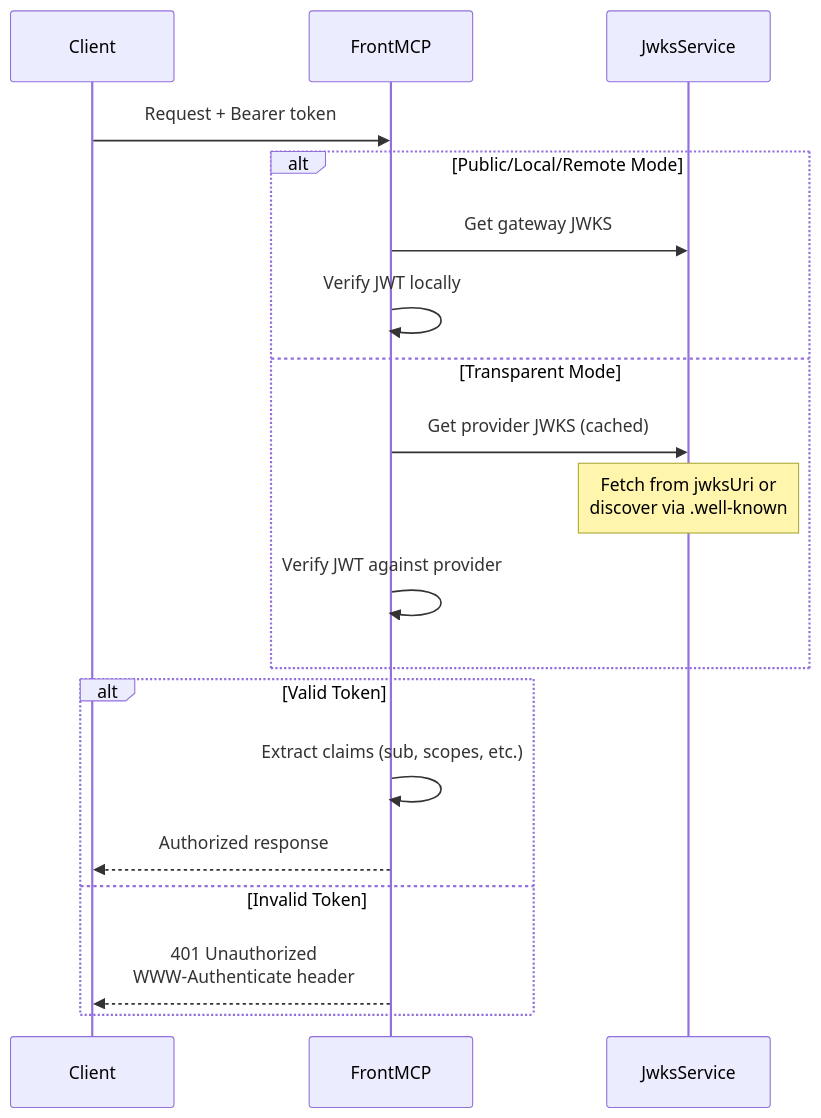
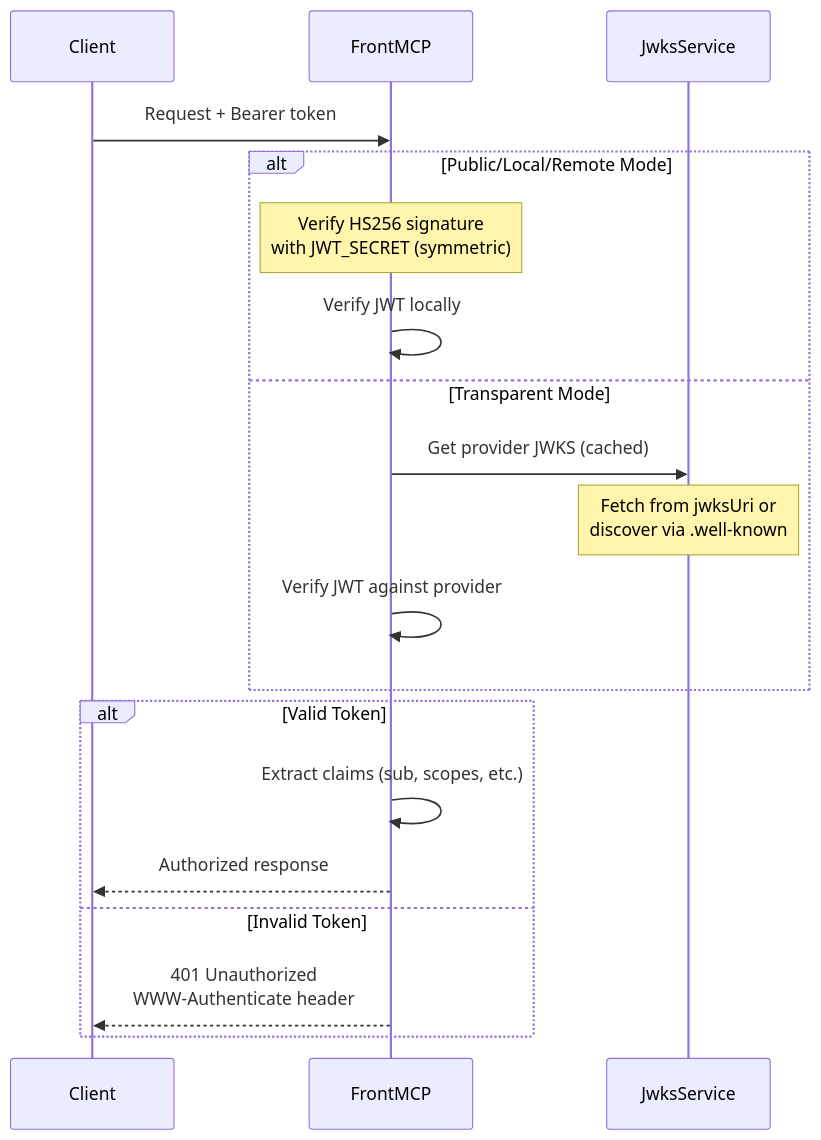
One commit to agentfront/frontmcp changed the sixth of 6 diagrams in docs/frontmcp/authentication/modes.mdx. Above: the diagram before and after it, drawn with Mermaid. The commit also changed other lines of this file and 247 other files, not shown here.

````diff
--- a/docs/frontmcp/authentication/modes.mdx
+++ b/docs/frontmcp/authentication/modes.mdx
@@ -384,24 +412,24 @@
 ```mermaid
 sequenceDiagram
     participant Client
     participant FrontMCP
     participant JwksService
 
     Client->>FrontMCP: Request + Bearer token
 
     alt Public/Local/Remote Mode
-        FrontMCP->>JwksService: Get gateway JWKS
+        Note over FrontMCP: Verify HS256 signature<br/>with JWT_SECRET (symmetric)
         FrontMCP->>FrontMCP: Verify JWT locally
     else Transparent Mode
         FrontMCP->>JwksService: Get provider JWKS (cached)
         Note over JwksService: Fetch from jwksUri or<br/>discover via .well-known
         FrontMCP->>FrontMCP: Verify JWT against provider
     end
 
     alt Valid Token
         FrontMCP->>FrontMCP: Extract claims (sub, scopes, etc.)
         FrontMCP-->>Client: Authorized response
     else Invalid Token
         FrontMCP-->>Client: 401 Unauthorized<br/>WWW-Authenticate header
     end
 ```
````
